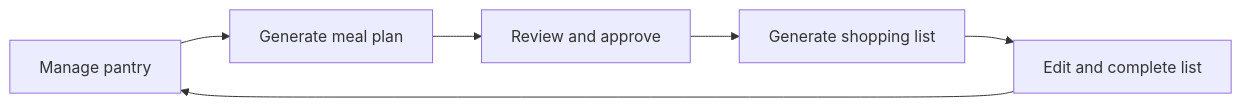
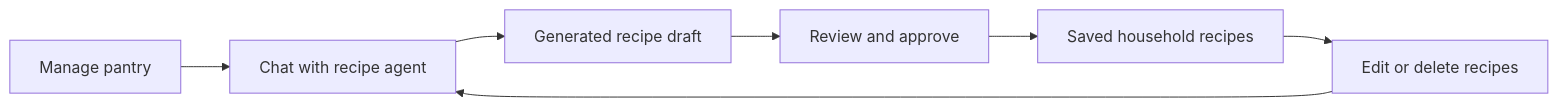
Before and after one commit to pale-glyph/dinner: the first of 2 diagrams in docs/mvp-delivery-plan.md, drawn with Mermaid. The commit also changed other lines of this file and 2 other files, not shown here.

````diff
--- a/docs/mvp-delivery-plan.md
+++ b/docs/mvp-delivery-plan.md
@@ -13,8 +13,9 @@
 ```mermaid
 flowchart LR
-    Pantry[Manage pantry] --> Plan[Generate meal plan]
-    Plan --> Approve[Review and approve]
-    Approve --> Shopping[Generate shopping list]
-    Shopping --> Edit[Edit and complete list]
-    Edit --> Pantry
+    Pantry[Manage pantry] --> Chat[Chat with recipe agent]
+    Chat --> Draft[Generated recipe draft]
+    Draft --> Review[Review and approve]
+    Review --> Recipes[Saved household recipes]
+    Recipes --> CRUD[Edit or delete recipes]
+    CRUD --> Chat
 ```
````
